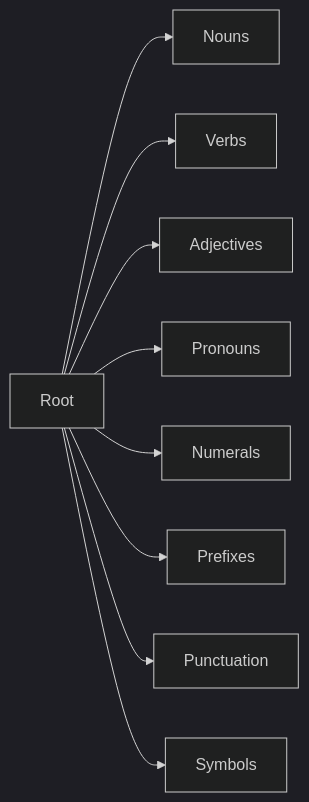
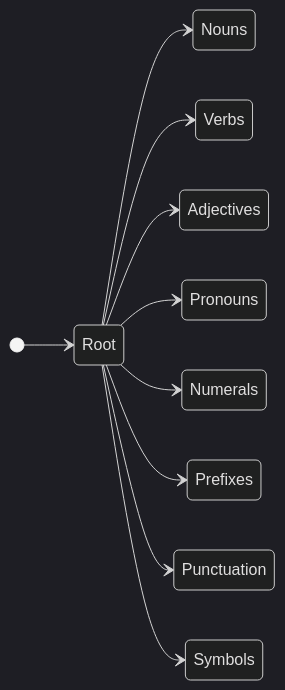
Before and after one commit to giellalt/lang-zxx: the diagram in src-fst-root.lexc.md, drawn with Mermaid (dark theme). The commit also changed 3 other files, not shown here.

````diff
--- a/src-fst-root.lexc.md
+++ b/src-fst-root.lexc.md
@@ -79,11 +79,13 @@
 ```mermaid
-flowchart LR
-A[Root] --> B[Nouns]
-A[Root] --> C[Verbs]
-A[Root] --> D[Adjectives]
-A[Root] --> E[Pronouns]
-A[Root] --> F[Numerals]
-A[Root] --> G[Prefixes]
-A[Root] --> H[Punctuation]
-A[Root] --> I[Symbols]
+stateDiagram-v2
+direction LR
+[*] --> Root
+Root --> Nouns
+Root --> Verbs
+Root --> Adjectives
+Root --> Pronouns
+Root --> Numerals
+Root --> Prefixes
+Root --> Punctuation
+Root --> Symbols
 ```
````
